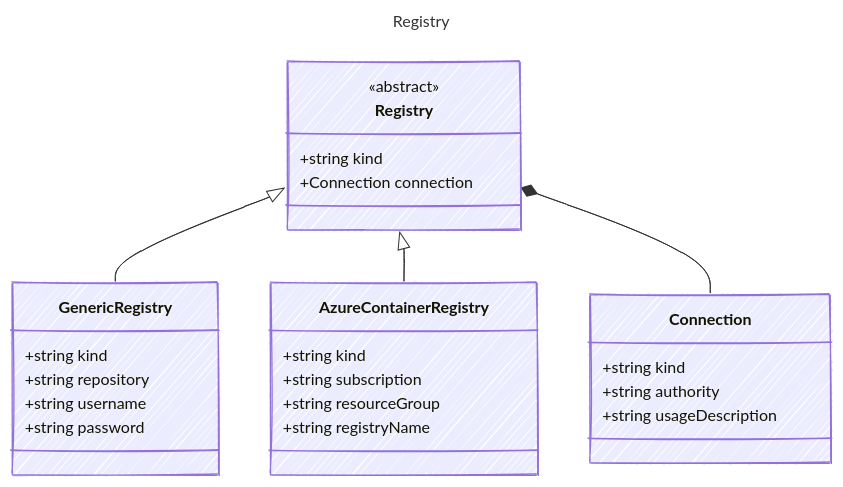
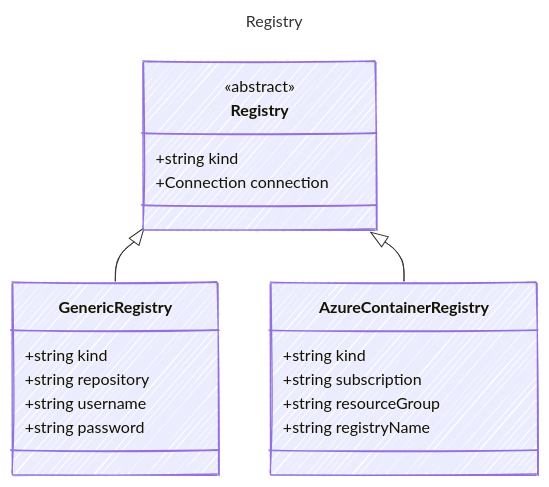
The diagram in specification/prompty/docs/Registry.md (microsoft/prompty), drawn with Mermaid before and after one commit. The commit also changed other lines of this file and 21 other files, not shown here.

````diff
--- a/specification/prompty/docs/Registry.md
+++ b/specification/prompty/docs/Registry.md
@@ -7,36 +7,30 @@
 ```mermaid
 ---
 title: Registry
 config:
   look: handDrawn
   theme: colorful
   class:
     hideEmptyMembersBox: true
 ---
 classDiagram
     class Registry {
       <<abstract>>
         +string kind
         +Connection connection
     }
     class GenericRegistry {
         +string kind
         +string repository
         +string username
         +string password
     }
     Registry <|-- GenericRegistry
     class AzureContainerRegistry {
         +string kind
         +string subscription
         +string resourceGroup
         +string registryName
     }
     Registry <|-- AzureContainerRegistry
-    class Connection {
-        +string kind
-        +string authority
-        +string usageDescription
-    }
-    Registry *-- Connection
 ```
````
